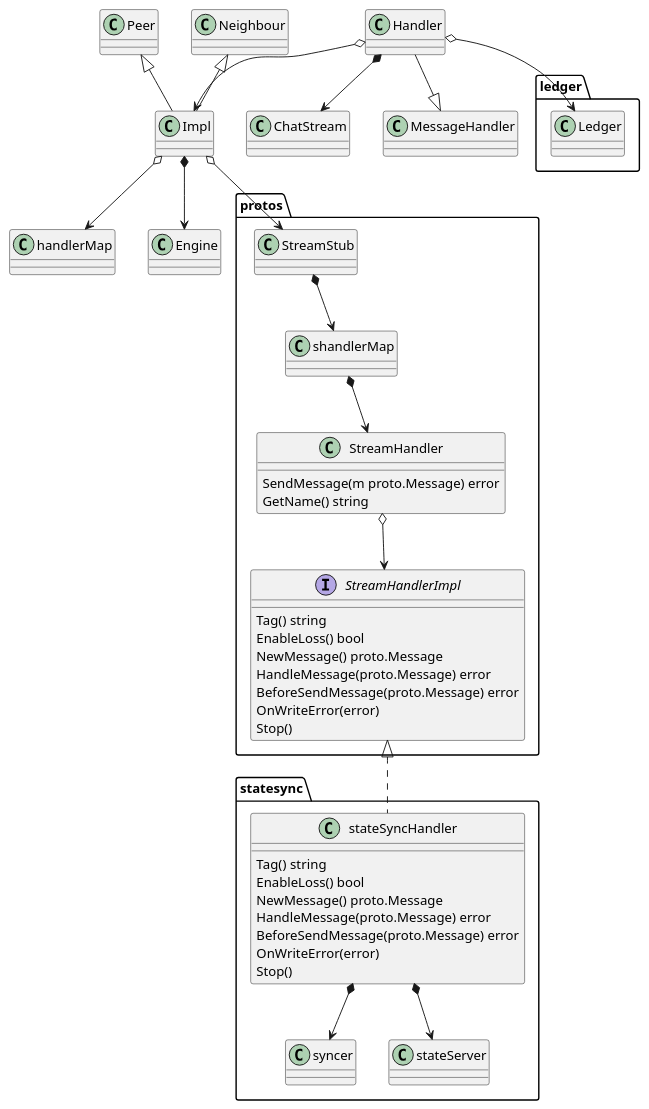
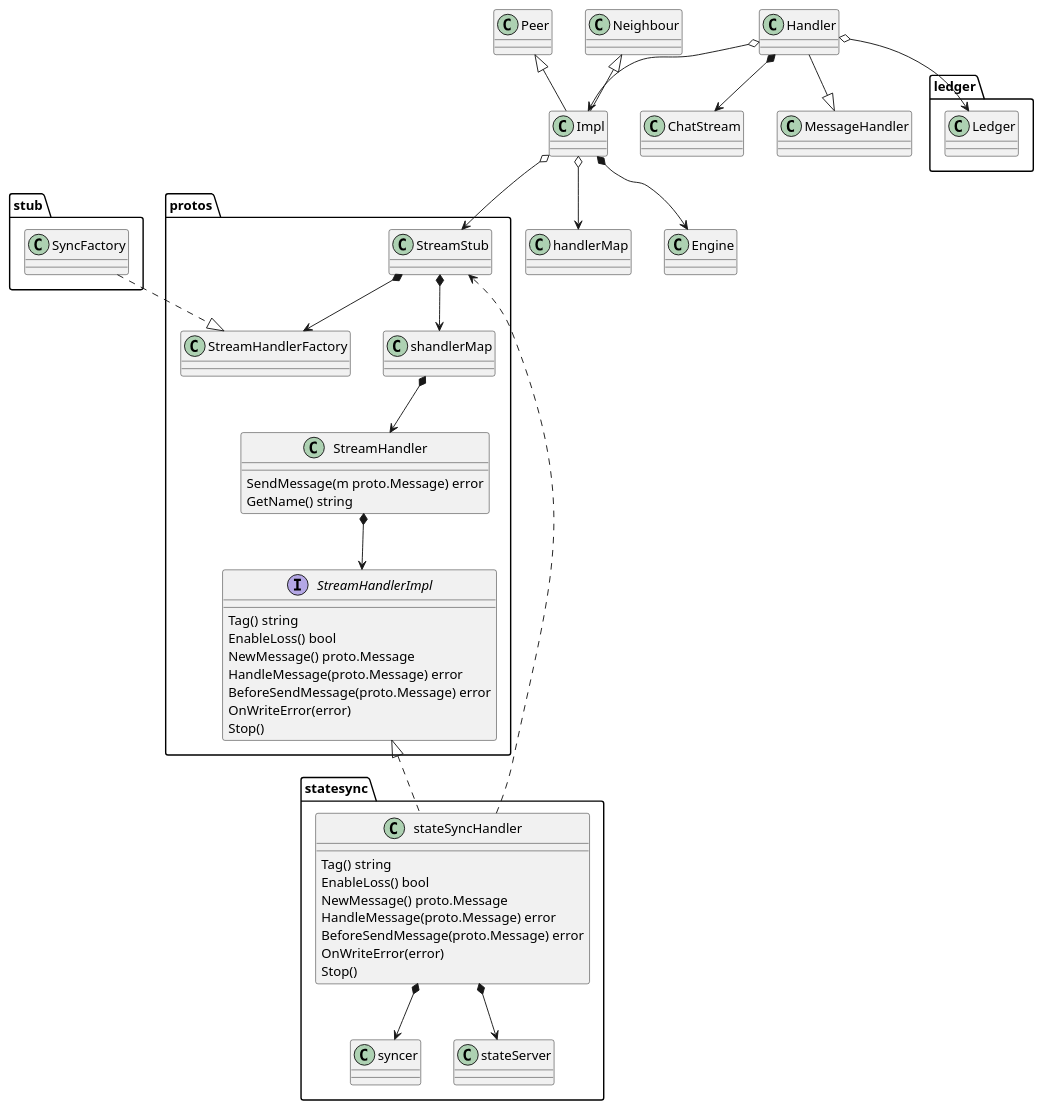
The diagram in uml/fabric/stream_handler.puml (cmdpos/gaia), drawn with PlantUML before and after one commit. The commit also changed 2 other files, not shown here.

```diff
--- a/uml/fabric/stream_handler.puml
+++ b/uml/fabric/stream_handler.puml
@@ -1,53 +1,60 @@
 @startuml
 
 
 
 
 Impl o--> protos.StreamStub
 Impl o--> handlerMap
 Impl *--> Engine
 Peer <|-- Impl
 Neighbour <|-- Impl
 
 protos.StreamStub *--> protos.shandlerMap
+protos.StreamStub *--> protos.StreamHandlerFactory
 protos.shandlerMap *--> protos.StreamHandler
 
 Handler *--> ChatStream
 Handler o--> Impl
 Handler --|> MessageHandler
 Handler o--> ledger.Ledger
 
 
+
 protos.StreamHandlerImpl <|.. statesync.stateSyncHandler
 statesync.stateSyncHandler *--> statesync.syncer
+statesync.stateSyncHandler ..> protos.StreamStub
 statesync.stateSyncHandler *--> statesync.stateServer
-protos.StreamHandler o--> protos.StreamHandlerImpl
+protos.StreamHandler *--> protos.StreamHandlerImpl
+
+
+stub.SyncFactory ..|> protos.StreamHandlerFactory
+
 
 interface protos.StreamHandlerImpl  {
 	Tag() string
 	EnableLoss() bool
 	NewMessage() proto.Message
 	HandleMessage(proto.Message) error
 	BeforeSendMessage(proto.Message) error
 	OnWriteError(error)
 	Stop()
 }
 
 class protos.StreamHandler  {
 	SendMessage(m proto.Message) error
 	GetName() string
 }
 
 class statesync.stateSyncHandler  {
 	Tag() string
 	EnableLoss() bool
 	NewMessage() proto.Message
 	HandleMessage(proto.Message) error
 	BeforeSendMessage(proto.Message) error
 	OnWriteError(error)
 	Stop()
 }
 
 
 
 @enduml
```
